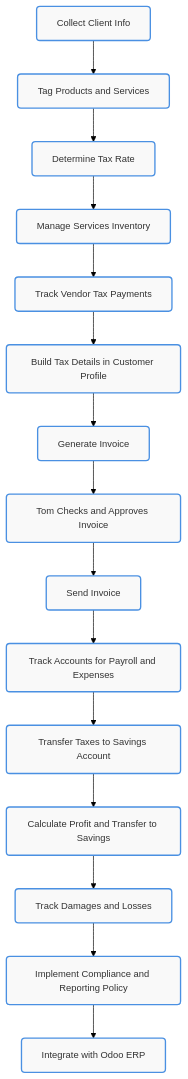
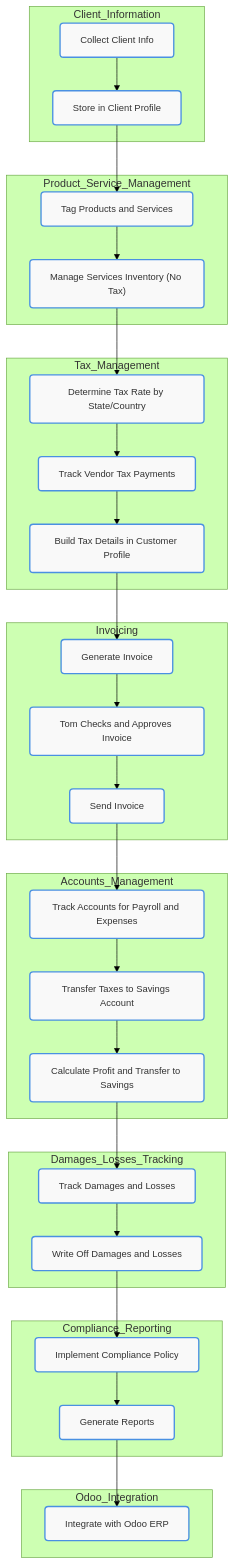
Before and after one commit to TyGrim13/4WinnerFlows: the second of 14 diagrams in README.md, drawn with Mermaid.

````diff
--- a/README.md
+++ b/README.md
@@ -195,40 +195,70 @@
 ```mermaid
 
 %%{init: {'theme': 'forest', 'themeVariables': { 'primaryColor': '#4a90e2', 'edgeLabelBackground': '#ffffff', 'tertiaryColor': '#f4f4f4', 'primaryBorderColor': '#333', 'primaryTextColor': '#333', 'fontFamily': 'Arial'}}}%%
 
 flowchart TD
     classDef default fill:#f9f9f9,stroke:#4a90e2,stroke-width:2px,color:#333,font-family:'Arial',font-size:14px,rx:5,ry:5;
 
-    A1["Collect Client Info"]
-    A2["Tag Products and Services"]
-    A3["Determine Tax Rate"]
-    A4["Manage Services Inventory"]
-    A5["Track Vendor Tax Payments"]
-    A6["Build Tax Details in Customer Profile"]
-    A7["Generate Invoice"]
-    A8["Tom Checks and Approves Invoice"]
-    A9["Send Invoice"]
-    A10["Track Accounts for Payroll and Expenses"]
-    A11["Transfer Taxes to Savings Account"]
-    A12["Calculate Profit and Transfer to Savings"]
-    A13["Track Damages and Losses"]
-    A14["Implement Compliance and Reporting Policy"]
-    A15["Integrate with Odoo ERP"]
+    subgraph Client_Information
+        A1["Collect Client Info"]
+        A2["Store in Client Profile"]
+    end
+    
+    subgraph Product_Service_Management
+        B1["Tag Products and Services"]
+        B2["Manage Services Inventory (No Tax)"]
+    end
+    
+    subgraph Tax_Management
+        C1["Determine Tax Rate by State/Country"]
+        C2["Track Vendor Tax Payments"]
+        C3["Build Tax Details in Customer Profile"]
+    end
+    
+    subgraph Invoicing
+        D1["Generate Invoice"]
+        D2["Tom Checks and Approves Invoice"]
+        D3["Send Invoice"]
+    end
+    
+    subgraph Accounts_Management
+        E1["Track Accounts for Payroll and Expenses"]
+        E2["Transfer Taxes to Savings Account"]
+        E3["Calculate Profit and Transfer to Savings"]
+    end
+    
+    subgraph Damages_Losses_Tracking
+        F1["Track Damages and Losses"]
+        F2["Write Off Damages and Losses"]
+    end
+    
+    subgraph Compliance_Reporting
+        G1["Implement Compliance Policy"]
+        G2["Generate Reports"]
+    end
+    
+    subgraph Odoo_Integration
+        H1["Integrate with Odoo ERP"]
+    end
+    
+    A1 --> A2
+    A2 --> B1
+    B1 --> B2
+    B2 --> C1
+    C1 --> C2
+    C2 --> C3
+    C3 --> D1
+    D1 --> D2
+    D2 --> D3
+    D3 --> E1
+    E1 --> E2
+    E2 --> E3
+    E3 --> F1
+    F1 --> F2
+    F2 --> G1
+    G1 --> G2
+    G2 --> H1
 
-    A1 --> A2
-    A2 --> A3
-    A3 --> A4
-    A4 --> A5
-    A5 --> A6
-    A6 --> A7
-    A7 --> A8
-    A8 --> A9
-    A9 --> A10
-    A10 --> A11
-    A11 --> A12
-    A12 --> A13
-    A13 --> A14
-    A14 --> A15
 
     class A1,A2,A3,A4,A5,A6,A7,A8,A9,A10,A11,A12,A13,A14,A15 default
 ```
````
